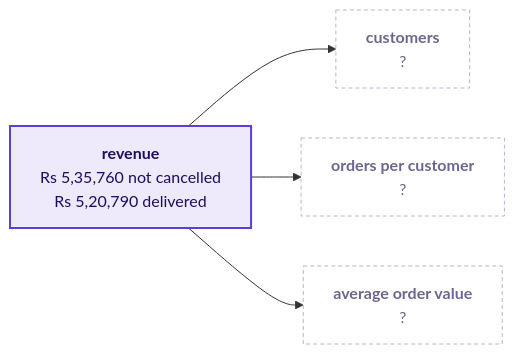
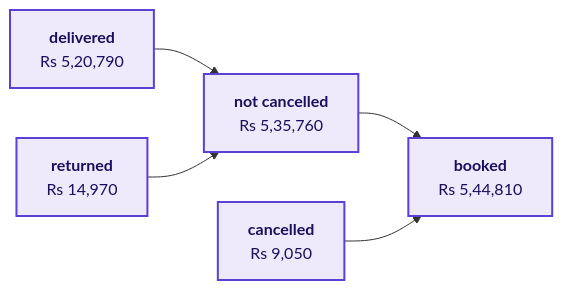
One commit to fde-academy-lab/c2-content-factory changed diagram 13 of 31 in content/W01/D1/slides/C2_W01_D01_half1_STUDENT.md. Above: the diagram before and after it, drawn with Mermaid. The commit also changed other lines of this file and 22 other files, not shown here.

````diff
--- a/content/W01/D1/slides/C2_W01_D01_half1_STUDENT.md
+++ b/content/W01/D1/slides/C2_W01_D01_half1_STUDENT.md
@@ -509,10 +696,9 @@
 ```mermaid
 flowchart LR
-    R["<b>revenue</b><br/>Rs 5,35,760 not cancelled<br/>Rs 5,20,790 delivered"] --> C["<b>customers</b><br/>?"]
-    R --> F["<b>orders per customer</b><br/>?"]
-    R --> A["<b>average order value</b><br/>?"]
+    D["<b>delivered</b><br/>Rs 5,20,790"] --> NC["<b>not cancelled</b><br/>Rs 5,35,760"]
+    R["<b>returned</b><br/>Rs 14,970"] --> NC
+    NC --> B["<b>booked</b><br/>Rs 5,44,810"]
+    X["<b>cancelled</b><br/>Rs 9,050"] --> B
     classDef known fill:#EEEAFB,stroke:#5B3FD6,color:#1A0F5C,stroke-width:2px
-    classDef unknown fill:#FFFFFF,stroke:#B8B2D6,color:#6B6690,stroke-dasharray:4 3
-    class R known
-    class C,F,A unknown
+    class D,R,NC,X,B known
 ```
````
